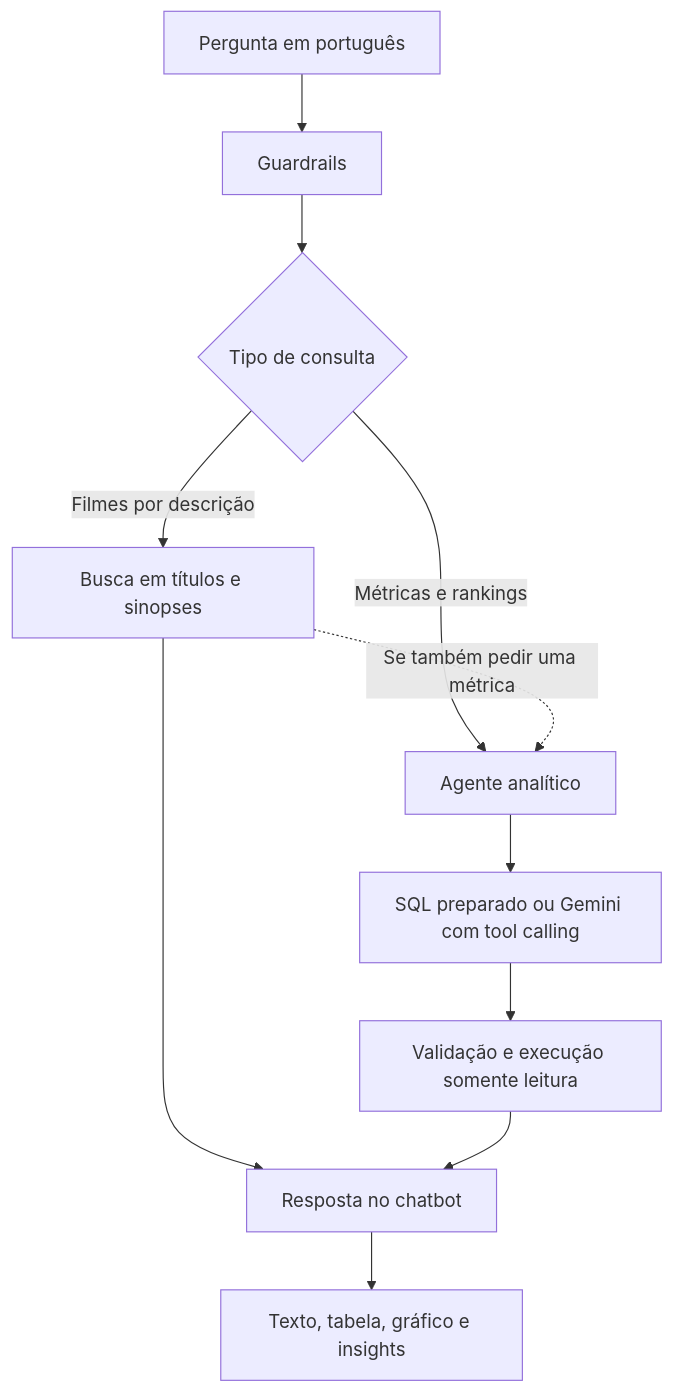
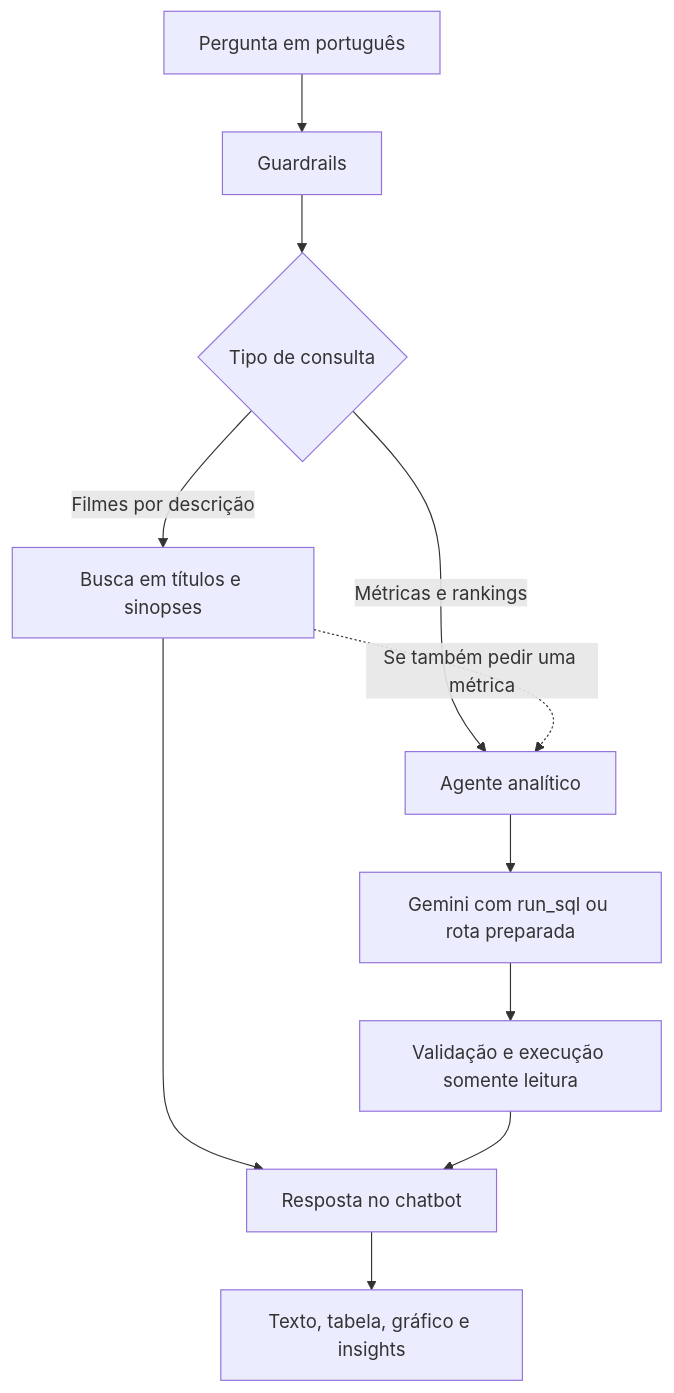
One commit to GuilhermeRangel1/CineData-GenAi changed the first of 2 diagrams in README.md. Above: the diagram before and after it, drawn with Mermaid. The commit also changed other lines of this file and 4 other files, not shown here.

````diff
--- a/README.md
+++ b/README.md
@@ -38,13 +40,13 @@
 ```mermaid
 flowchart TB
     Q[Pergunta em português] --> G[Guardrails]
     G --> R{Tipo de consulta}
     R -->|Filmes por descrição| S[Busca em títulos e sinopses]
     R -->|Métricas e rankings| A[Agente analítico]
     S -.->|Se também pedir uma métrica| A
-    A --> M[SQL preparado ou Gemini com tool calling]
+    A --> M[Gemini com run_sql ou rota preparada]
     M --> V[Validação e execução somente leitura]
     S --> F[Resposta no chatbot]
     V --> F
     F --> O[Texto, tabela, gráfico e insights]
 ```
````
